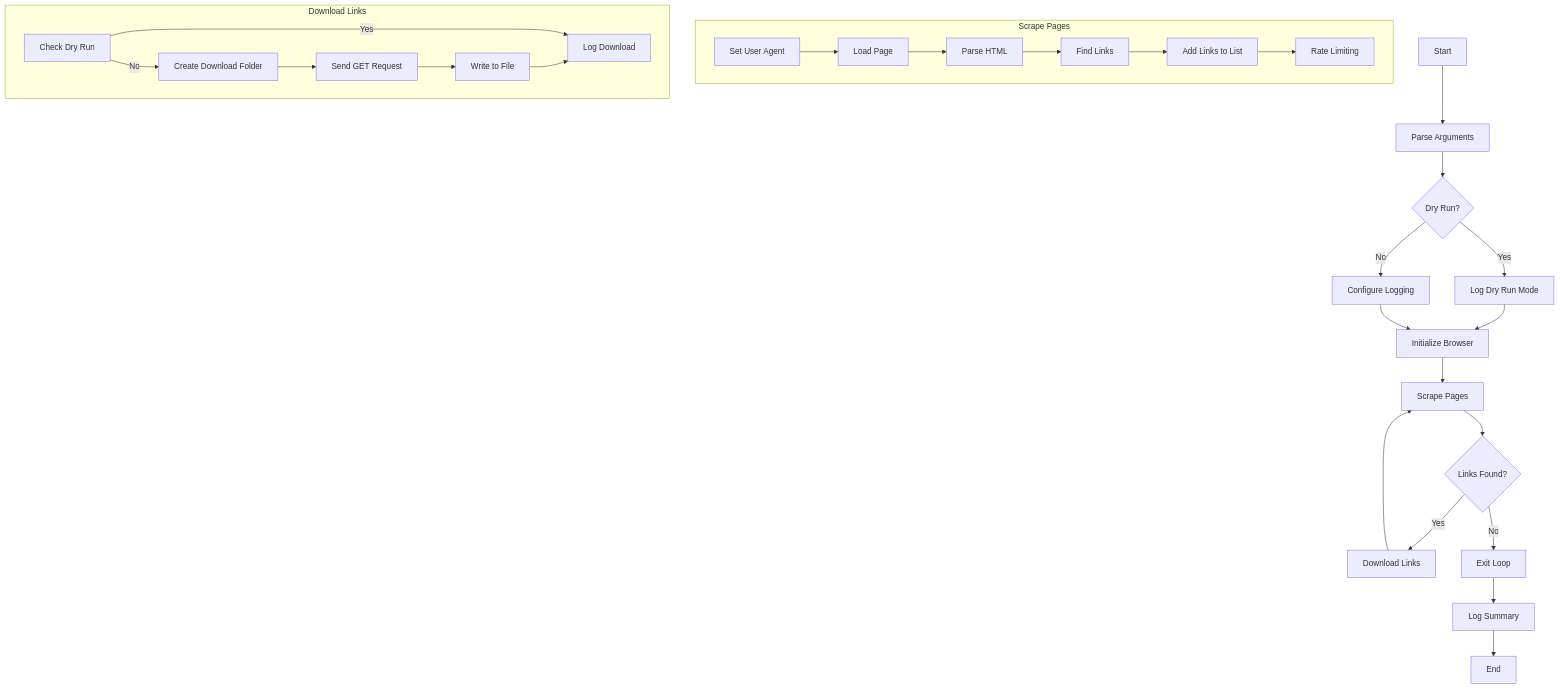
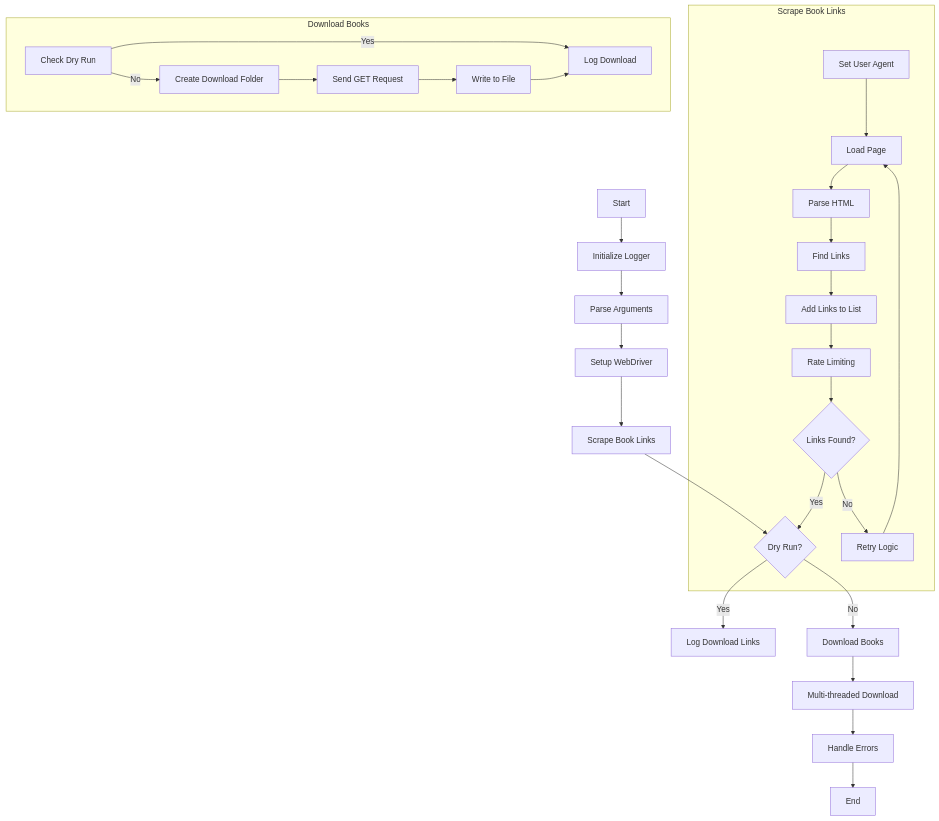
The diagram in readme.md (MichelfrancisBustillos/MotW-Scraper), drawn with Mermaid before and after one commit. The commit also changed other lines of this file and 1 other file, not shown here.

Commit message:
Add support for specifying number of pages to scrape; update README with new option and flowchart

````diff
--- a/readme.md
+++ b/readme.md
@@ -119,43 +111,46 @@
 ```mermaid
-flowchart TD
-    A[Start] --> B[Parse Arguments]
-    B --> C{Dry Run?}
-    C -->|Yes| D[Log Dry Run Mode]
-    C -->|No| E[Configure Logging]
-    D --> F[Initialize Browser]
-    E --> F[Initialize Browser]
-    F --> G[Scrape Pages]
-    G --> H{Links Found?}
-    H -->|Yes| I[Download Links]
-    H -->|No| J[Exit Loop]
-    I --> G
-    J --> K[Log Summary]
-    K --> L[End]
+graph TD
+    A[Start] --> B[Initialize Logger]
+    B --> C[Parse Arguments]
+    C --> D[Setup WebDriver]
+    D --> E[Scrape Book Links]
+    E --> F{Dry Run?}
+    F -- Yes --> G[Log Download Links]
+    F -- No --> H[Download Books]
+    H --> I[Multi-threaded Download]
+    I --> J[Handle Errors]
+    J --> K[End]
 
-    subgraph Scrape Pages
-        G1[Set User Agent]
-        G2[Load Page]
-        G3[Parse HTML]
-        G4[Find Links]
-        G5[Add Links to List]
-        G6[Rate Limiting]
-        G1 --> G2
-        G2 --> G3
-        G3 --> G4
-        G4 --> G5
-        G5 --> G6
+    subgraph Scrape Book Links
+        E1[Set User Agent]
+        E2[Load Page]
+        E3[Parse HTML]
+        E4[Find Links]
+        E5[Add Links to List]
+        E6[Rate Limiting]
+        E7{Links Found?}
+        E8[Retry Logic]
+        E1 --> E2
+        E2 --> E3
+        E3 --> E4
+        E4 --> E5
+        E5 --> E6
+        E6 --> E7
+        E7 -- No --> E8
+        E7 -- Yes --> F
+        E8 --> E2
     end
 
-    subgraph Download Links
-        I1[Check Dry Run]
-        I2[Create Download Folder]
-        I3[Send GET Request]
-        I4[Write to File]
-        I5[Log Download]
-        I1 -->|Yes| I5
-        I1 -->|No| I2
-        I2 --> I3
-        I3 --> I4
-        I4 --> I5
+    subgraph Download Books
+        H1[Check Dry Run]
+        H2[Create Download Folder]
+        H3[Send GET Request]
+        H4[Write to File]
+        H5[Log Download]
+        H1 -->|Yes| H5
+        H1 -->|No| H2
+        H2 --> H3
+        H3 --> H4
+        H4 --> H5
     end
 ```
````
